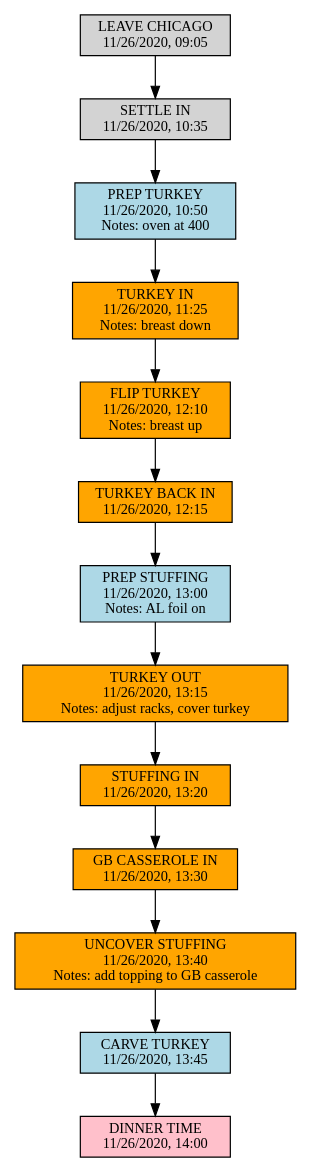
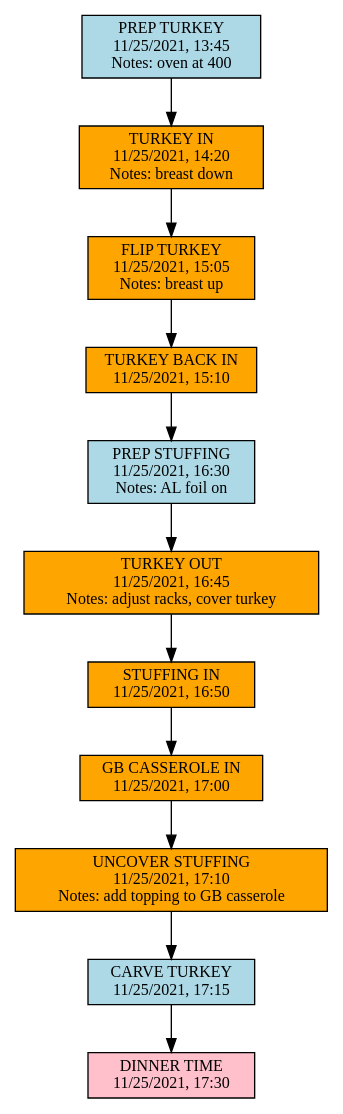
The diagram in outputs/timeline-graph.gv (milesjwinter/thanksgiving_timeline), drawn with Graphviz before and after one commit.

Commit message:
2021 version

```diff
--- a/outputs/timeline-graph.gv
+++ b/outputs/timeline-graph.gv
@@ -1,48 +1,42 @@
 digraph {
 	graph [size="12,12"]
 	node [align=left fontsize=12 height=0.2 ranksep=0.1 shape=box style=filled]
-	0 [label="LEAVE CHICAGO
-11/26/2020, 09:05"]
+	0 [label="PREP TURKEY
+11/25/2021, 13:45
+ Notes: oven at 400" fillcolor=lightblue]
 	0 -> 1
-	1 [label="SETTLE IN
-11/26/2020, 10:35"]
+	1 [label="TURKEY IN
+11/25/2021, 14:20
+ Notes: breast down" fillcolor=orange]
 	1 -> 2
-	2 [label="PREP TURKEY
-11/26/2020, 10:50
- Notes: oven at 400" fillcolor=lightblue]
+	2 [label="FLIP TURKEY
+11/25/2021, 15:05
+ Notes: breast up" fillcolor=orange]
 	2 -> 3
-	3 [label="TURKEY IN
-11/26/2020, 11:25
- Notes: breast down" fillcolor=orange]
+	3 [label="TURKEY BACK IN
+11/25/2021, 15:10" fillcolor=orange]
 	3 -> 4
-	4 [label="FLIP TURKEY
-11/26/2020, 12:10
- Notes: breast up" fillcolor=orange]
+	4 [label="PREP STUFFING
+11/25/2021, 16:30
+ Notes: AL foil on" fillcolor=lightblue]
 	4 -> 5
-	5 [label="TURKEY BACK IN
-11/26/2020, 12:15" fillcolor=orange]
+	5 [label="TURKEY OUT
+11/25/2021, 16:45
+ Notes: adjust racks, cover turkey" fillcolor=orange]
 	5 -> 6
-	6 [label="PREP STUFFING
-11/26/2020, 13:00
- Notes: AL foil on" fillcolor=lightblue]
+	6 [label="STUFFING IN
+11/25/2021, 16:50" fillcolor=orange]
 	6 -> 7
-	7 [label="TURKEY OUT
-11/26/2020, 13:15
- Notes: adjust racks, cover turkey" fillcolor=orange]
+	7 [label="GB CASSEROLE IN
+11/25/2021, 17:00" fillcolor=orange]
 	7 -> 8
-	8 [label="STUFFING IN
-11/26/2020, 13:20" fillcolor=orange]
+	8 [label="UNCOVER STUFFING
+11/25/2021, 17:10
+ Notes: add topping to GB casserole" fillcolor=orange]
 	8 -> 9
-	9 [label="GB CASSEROLE IN
-11/26/2020, 13:30" fillcolor=orange]
+	9 [label="CARVE TURKEY
+11/25/2021, 17:15" fillcolor=lightblue]
 	9 -> 10
-	10 [label="UNCOVER STUFFING
-11/26/2020, 13:40
- Notes: add topping to GB casserole" fillcolor=orange]
-	10 -> 11
-	11 [label="CARVE TURKEY
-11/26/2020, 13:45" fillcolor=lightblue]
-	11 -> 12
-	12 [label="DINNER TIME
-11/26/2020, 14:00" fillcolor=pink]
+	10 [label="DINNER TIME
+11/25/2021, 17:30" fillcolor=pink]
 }
```
